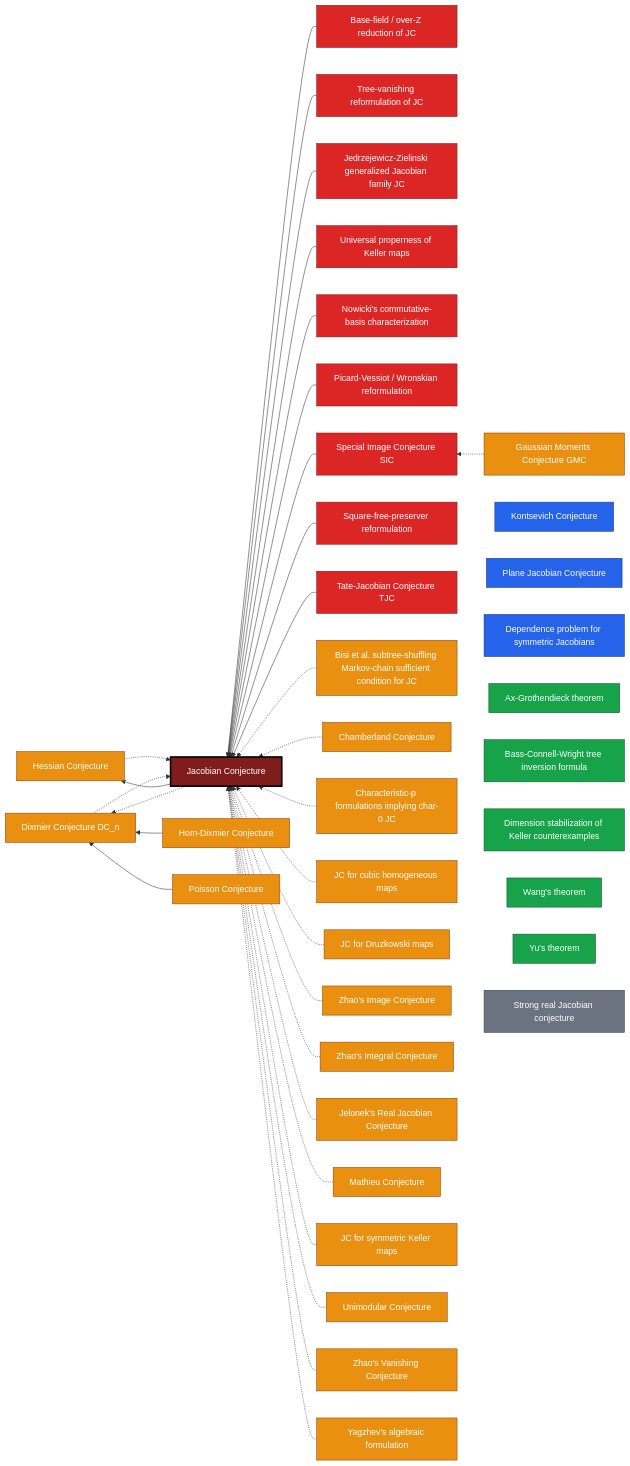
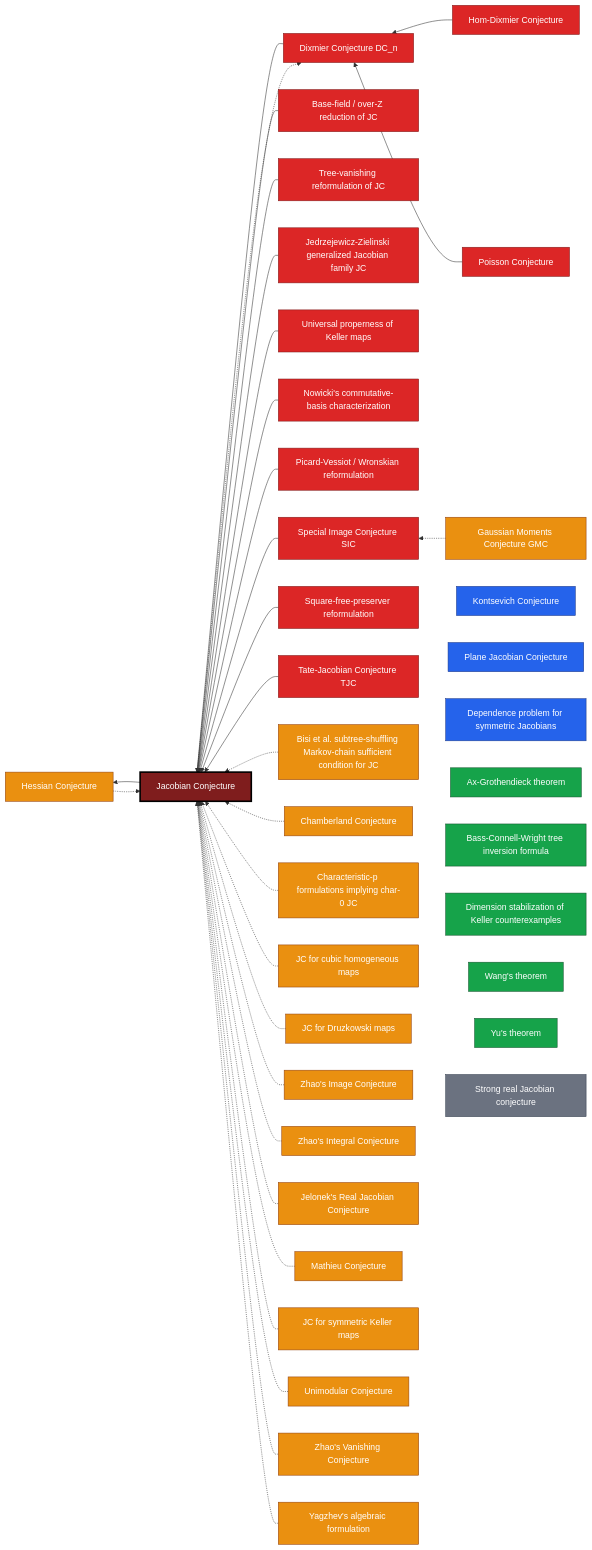
One commit to techno-optimist/erdos-frontier-atlas changed the diagram in atlas/jc-crater/README.md. Above: the diagram before and after it, drawn with Mermaid. The commit also changed other lines of this file and 16 other files, not shown here.

````diff
--- a/atlas/jc-crater/README.md
+++ b/atlas/jc-crater/README.md
@@ -64,75 +64,75 @@
 ```mermaid
 flowchart RL
+  dixmier_conjecture["Dixmier Conjecture DC_n"]:::alln
+  hom_dixmier_conjecture["Hom-Dixmier Conjecture"]:::alln
   jacobian_conjecture["Jacobian Conjecture"]:::root
   jc_over_char0_fields_and_z["Base-field / over-Z reduction of JC"]:::alln
   jc_tree_vanishing["Tree-vanishing reformulation of JC"]:::alln
   jedrzejewicz_zielinski_jc_mnk["Jedrzejewicz-Zielinski generalized Jacobian family JC"]:::alln
   keller_properness_universal["Universal properness of Keller maps"]:::alln
   nowicki_commutative_basis["Nowicki's commutative-basis characterization"]:::alln
   picard_vessiot_reformulation["Picard-Vessiot / Wronskian reformulation"]:::alln
+  poisson_conjecture["Poisson Conjecture"]:::alln
   special_image_conjecture["Special Image Conjecture SIC"]:::alln
   square_free_preserver["Square-free-preserver reformulation"]:::alln
   tate_jacobian_conjecture["Tate-Jacobian Conjecture TJC"]:::alln
   bisi_subtree_shuffle_markov_conjecture["Bisi et al. subtree-shuffling Markov-chain sufficient condition for JC"]:::somedim
   chamberland_conjecture["Chamberland Conjecture"]:::somedim
   char_p_strengthenings["Characteristic-p formulations implying char-0 JC"]:::somedim
   cubic_homogeneous_jc["JC for cubic homogeneous maps"]:::somedim
-  dixmier_conjecture["Dixmier Conjecture DC_n"]:::somedim
   druzkowski_jc["JC for Druzkowski maps"]:::somedim
   gaussian_moments_conjecture["Gaussian Moments Conjecture GMC"]:::somedim
   hessian_conjecture["Hessian Conjecture"]:::somedim
-  hom_dixmier_conjecture["Hom-Dixmier Conjecture"]:::somedim
   image_conjecture["Zhao's Image Conjecture"]:::somedim
   integral_conjecture["Zhao's Integral Conjecture"]:::somedim
   jelonek_real_jc["Jelonek's Real Jacobian Conjecture"]:::somedim
   mathieu_conjecture["Mathieu Conjecture"]:::somedim
-  poisson_conjecture["Poisson Conjecture"]:::somedim
   symmetric_jc["JC for symmetric Keller maps"]:::somedim
   unimodular_conjecture["Unimodular Conjecture"]:::somedim
   vanishing_conjecture["Zhao's Vanishing Conjecture"]:::somedim
   yagzhev_engel_capelli["Yagzhev's algebraic formulation"]:::somedim
   kontsevich_conjecture_weyl["Kontsevich Conjecture"]:::open
   plane_jacobian_conjecture["Plane Jacobian Conjecture"]:::open
   symmetric_dependence_problem["Dependence problem for symmetric Jacobians"]:::open
   ax_grothendieck_theorem["Ax-Grothendieck theorem"]:::theorem
   bcw_tree_formula["Bass-Connell-Wright tree inversion formula"]:::theorem
   jc_dimension_padding["Dimension stabilization of Keller counterexamples"]:::theorem
   wang_degree_two_theorem["Wang's theorem"]:::theorem
   yu_nonnegative_theorem["Yu's theorem"]:::theorem
   real_jc_nonvanishing["Strong real Jacobian conjecture"]:::indep
-  dixmier_conjecture -.-> jacobian_conjecture
+  dixmier_conjecture --> jacobian_conjecture
   jacobian_conjecture -.-> dixmier_conjecture
   cubic_homogeneous_jc -.-> jacobian_conjecture
   druzkowski_jc -.-> jacobian_conjecture
   mathieu_conjecture -.-> jacobian_conjecture
   image_conjecture -.-> jacobian_conjecture
   vanishing_conjecture -.-> jacobian_conjecture
   hessian_conjecture -.-> jacobian_conjecture
   jacobian_conjecture --> hessian_conjecture
   integral_conjecture -.-> jacobian_conjecture
   symmetric_jc -.-> jacobian_conjecture
   keller_properness_universal --> jacobian_conjecture
   jelonek_real_jc -.-> jacobian_conjecture
   chamberland_conjecture -.-> jacobian_conjecture
   yagzhev_engel_capelli -.-> jacobian_conjecture
   hom_dixmier_conjecture --> dixmier_conjecture
   char_p_strengthenings -.-> jacobian_conjecture
   tate_jacobian_conjecture --> jacobian_conjecture
   unimodular_conjecture -.-> jacobian_conjecture
   nowicki_commutative_basis --> jacobian_conjecture
   square_free_preserver --> jacobian_conjecture
   picard_vessiot_reformulation --> jacobian_conjecture
   jc_tree_vanishing --> jacobian_conjecture
   gaussian_moments_conjecture -.-> special_image_conjecture
   special_image_conjecture --> jacobian_conjecture
   poisson_conjecture --> dixmier_conjecture
   jc_over_char0_fields_and_z --> jacobian_conjecture
   jedrzejewicz_zielinski_jc_mnk --> jacobian_conjecture
   bisi_subtree_shuffle_markov_conjecture -.-> jacobian_conjecture
   classDef root fill:#7f1d1d,stroke:#000,color:#fff,stroke-width:3px;
   classDef alln fill:#dc2626,stroke:#7f1d1d,color:#fff;
   classDef somedim fill:#ea9010,stroke:#92400e,color:#fff;
   classDef open fill:#2563eb,stroke:#1e3a8a,color:#fff;
   classDef theorem fill:#16a34a,stroke:#14532d,color:#fff;
   classDef indep fill:#6b7280,stroke:#374151,color:#fff;
 ```
````
